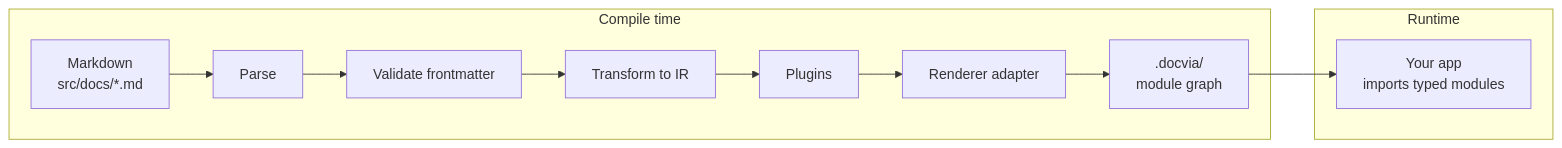
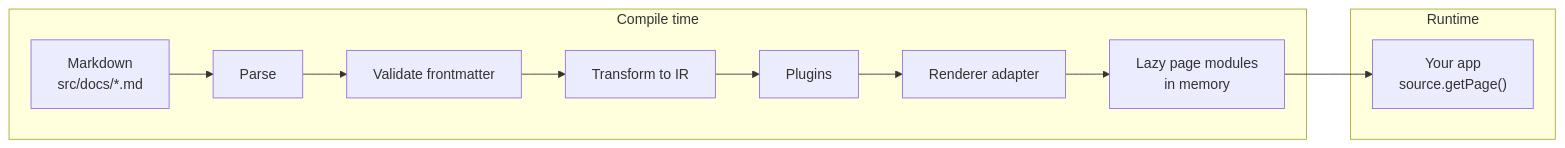
The first of 2 diagrams in apps/web/src/docs/index.md (kanakkholwal/docvia), drawn with Mermaid before and after one commit. The commit also changed other lines of this file and 164 other files, not shown here.

````diff
--- a/apps/web/src/docs/index.md
+++ b/apps/web/src/docs/index.md
@@ -31,25 +31,25 @@
 ```mermaid
 %% title: The compile-time / runtime split
 flowchart LR
   MD["Markdown<br/>src/docs/*.md"] --> P[Parse]
   P --> V[Validate frontmatter]
   V --> T[Transform to IR]
   T --> PL[Plugins]
   PL --> R[Renderer adapter]
-  R --> G[".docvia/<br/>module graph"]
-  G --> A["Your app<br/>imports typed modules"]
+  R --> G["Lazy page modules<br/>in memory"]
+  G --> A["Your app<br/>source.getPage()"]
 
   subgraph compile ["Compile time"]
     MD
     P
     V
     T
     PL
     R
     G
   end
 
   subgraph runtime ["Runtime"]
     A
   end
 ```
````
